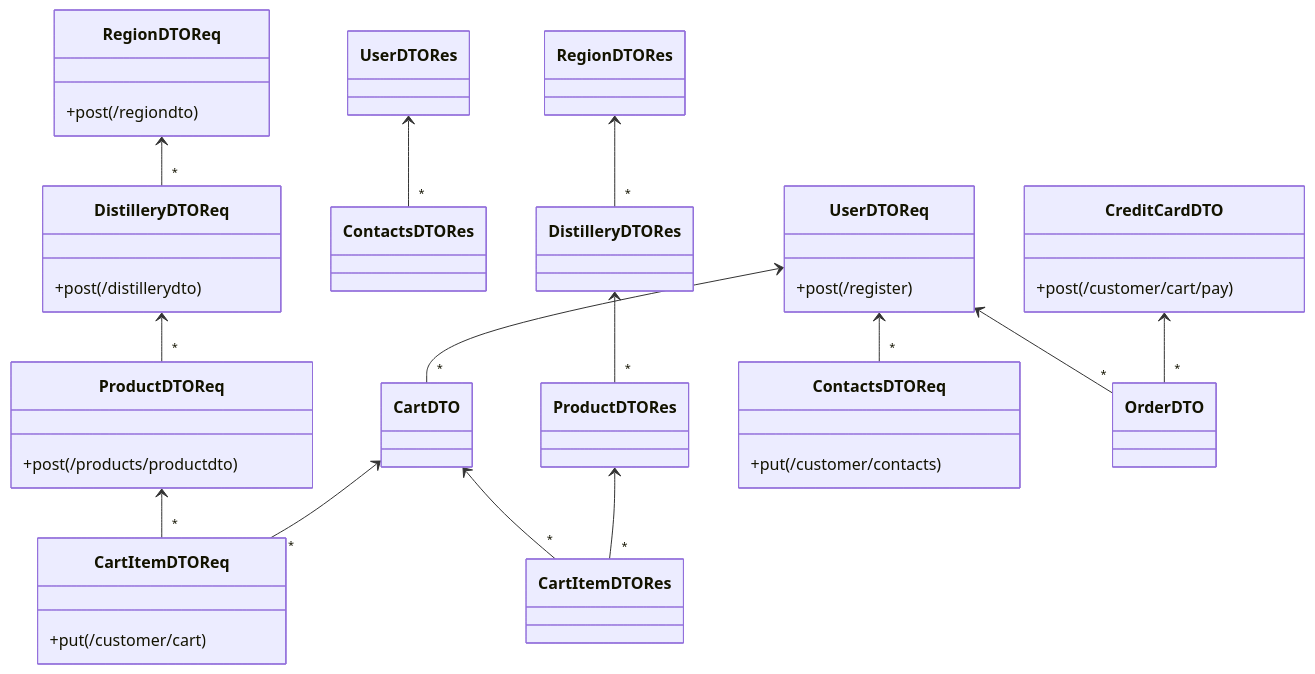
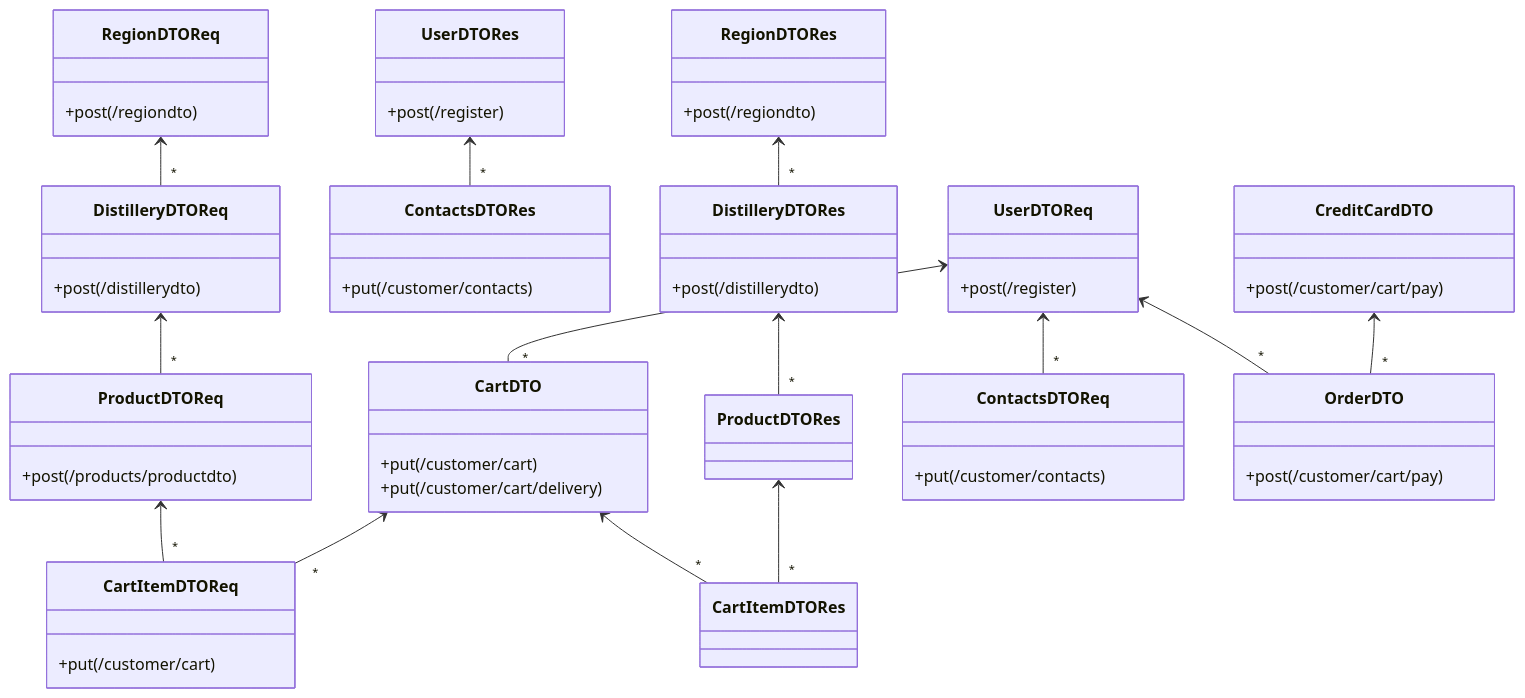
Before and after one commit to giis-uniovi/tdrules-st-tdg: the second of 3 diagrams in README.md, drawn with Mermaid. The commit also changed other lines of this file and 10 other files, not shown here.

````diff
--- a/README.md
+++ b/README.md
@@ -114,23 +116,30 @@
 ```mermaid
 classDiagram
   UserDTOReq <--"*" CartDTO
   CartDTO <--"*" CartItemDTOReq
   ProductDTOReq <--"*" CartItemDTOReq
   ProductDTORes <--"*" CartItemDTORes
   CartDTO <--"*" CartItemDTORes
   UserDTOReq <--"*" ContactsDTOReq
   UserDTORes <--"*" ContactsDTORes
   RegionDTOReq <--"*" DistilleryDTOReq
   RegionDTORes <--"*" DistilleryDTORes
   CreditCardDTO <--"*" OrderDTO
   UserDTOReq <--"*" OrderDTO
   DistilleryDTOReq <--"*" ProductDTOReq
   DistilleryDTORes <--"*" ProductDTORes
+  CartDTO: +put(/customer/cart)
+  CartDTO: +put(/customer/cart/delivery)
   CartItemDTOReq: +put(/customer/cart)
   ContactsDTOReq: +put(/customer/contacts)
+  ContactsDTORes: +put(/customer/contacts)
   CreditCardDTO: +post(/customer/cart/pay)
   DistilleryDTOReq: +post(/distillerydto)
+  DistilleryDTORes: +post(/distillerydto)
+  OrderDTO: +post(/customer/cart/pay)
   ProductDTOReq: +post(/products/productdto)
   RegionDTOReq: +post(/regiondto)
+  RegionDTORes: +post(/regiondto)
   UserDTOReq: +post(/register)
+  UserDTORes: +post(/register)
 ```
````
